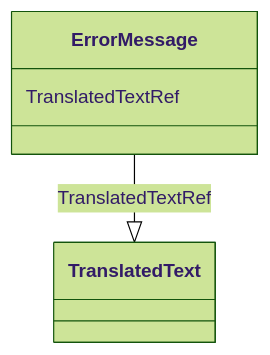
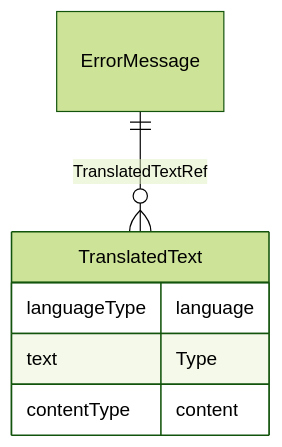
One commit to cdisc-org/DataExchange-ODM-LinkML changed the diagram in docs/ErrorMessage.md. Above: the diagram before and after it, drawn with Mermaid (forest theme). The commit also changed other lines of this file and 181 other files, not shown here.

Commit message:
ER diagrams working via templates and removing names with underscores

````diff
--- a/docs/ErrorMessage.md
+++ b/docs/ErrorMessage.md
@@ -14,9 +11,14 @@
 ```mermaid
- classDiagram
-    class ErrorMessage
-      ErrorMessage : TranslatedTextRef
-        
-          ErrorMessage --|> TranslatedText : TranslatedTextRef
-        
-      
+erDiagram
+ErrorMessage {
+
+}
+TranslatedText {
+    languageType language  
+    text Type  
+    contentType content  
+}
+
+ErrorMessage ||--}o TranslatedText : "TranslatedTextRef"
+
 ```
````
